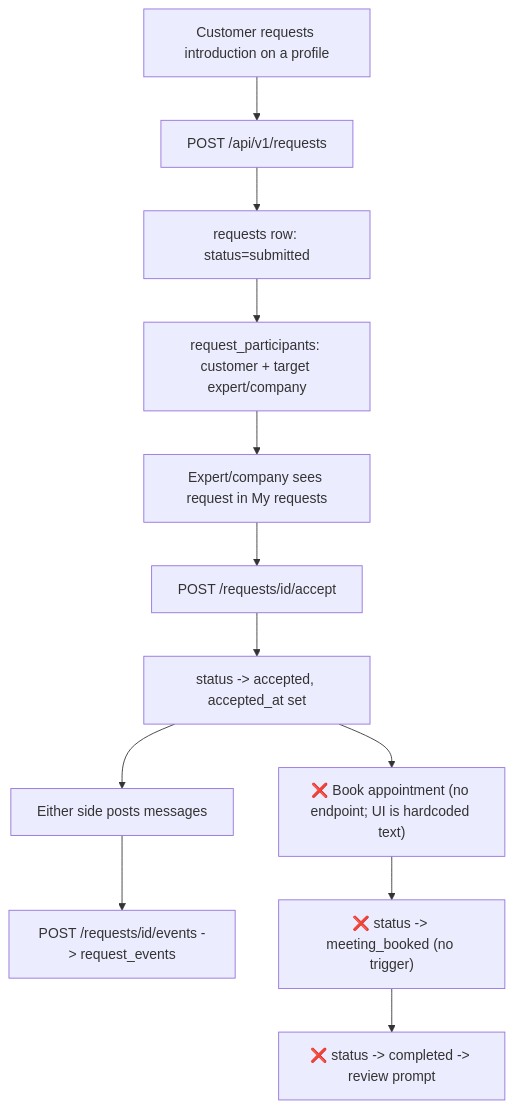
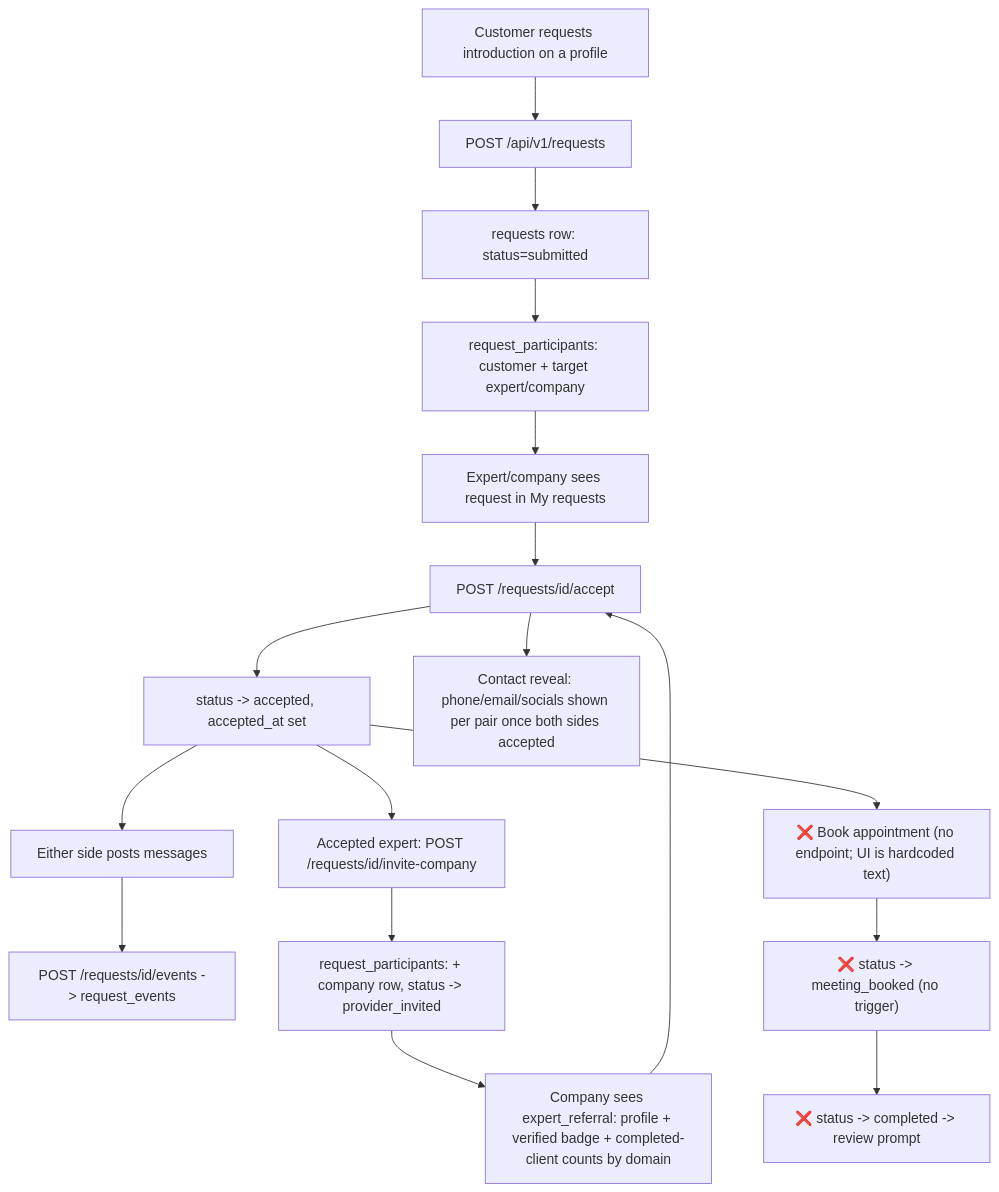
One commit to naveen-web27/fast-agent changed the diagram in docs/features/03-request-workspace.md. Above: the diagram before and after it, drawn with Mermaid. The commit also changed other lines of this file and 14 other files, not shown here.

````diff
--- a/docs/features/03-request-workspace.md
+++ b/docs/features/03-request-workspace.md
@@ -7,14 +7,19 @@
 ```mermaid
 flowchart TD
     A[Customer requests introduction on a profile] --> B[POST /api/v1/requests]
     B --> C[requests row: status=submitted]
     C --> D[request_participants: customer + target expert/company]
     D --> E[Expert/company sees request in My requests]
     E --> F[POST /requests/id/accept]
     F --> G[status -> accepted, accepted_at set]
     G --> H[Either side posts messages]
     H --> I[POST /requests/id/events -> request_events]
+    G --> M[Accepted expert: POST /requests/id/invite-company]
+    M --> N[request_participants: + company row, status -> provider_invited]
+    N --> O[Company sees expert_referral: profile + verified badge + completed-client counts by domain]
+    O --> F
+    F --> P[Contact reveal: phone/email/socials shown per pair once both sides accepted]
     G --> J["❌ Book appointment (no endpoint; UI is hardcoded text)"]
     J --> K["❌ status -> meeting_booked (no trigger)"]
     K --> L["❌ status -> completed -> review prompt"]
 ```
````
